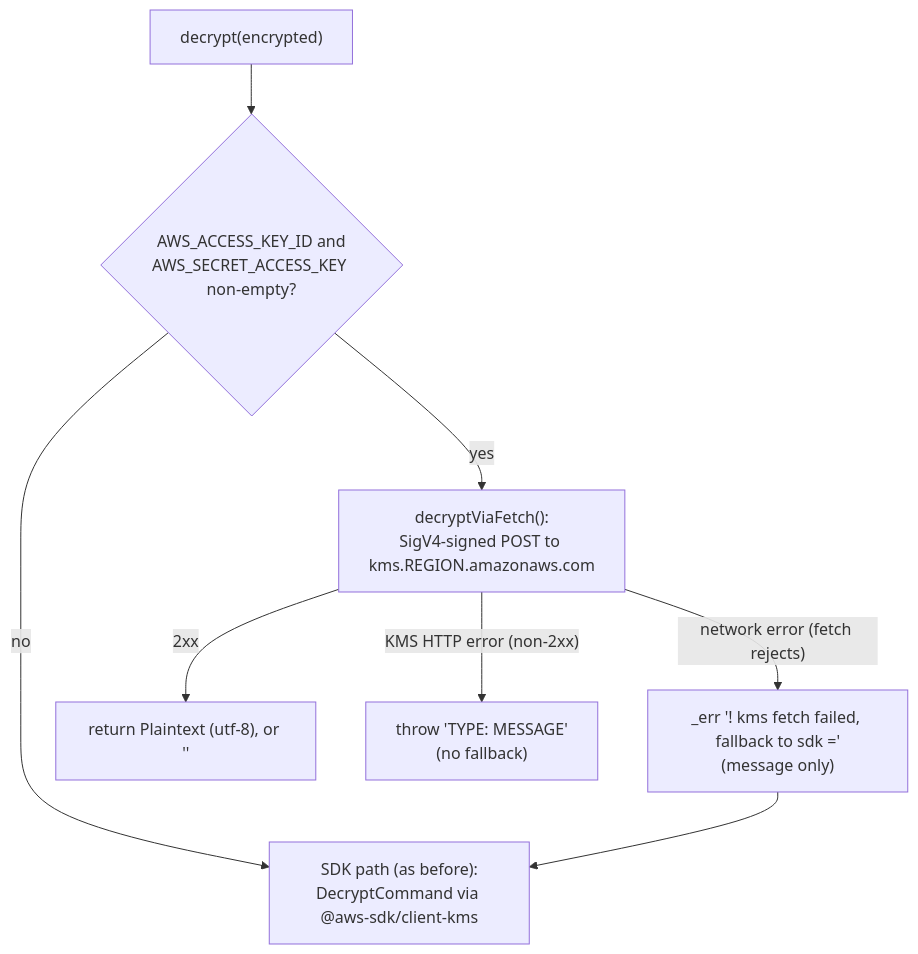
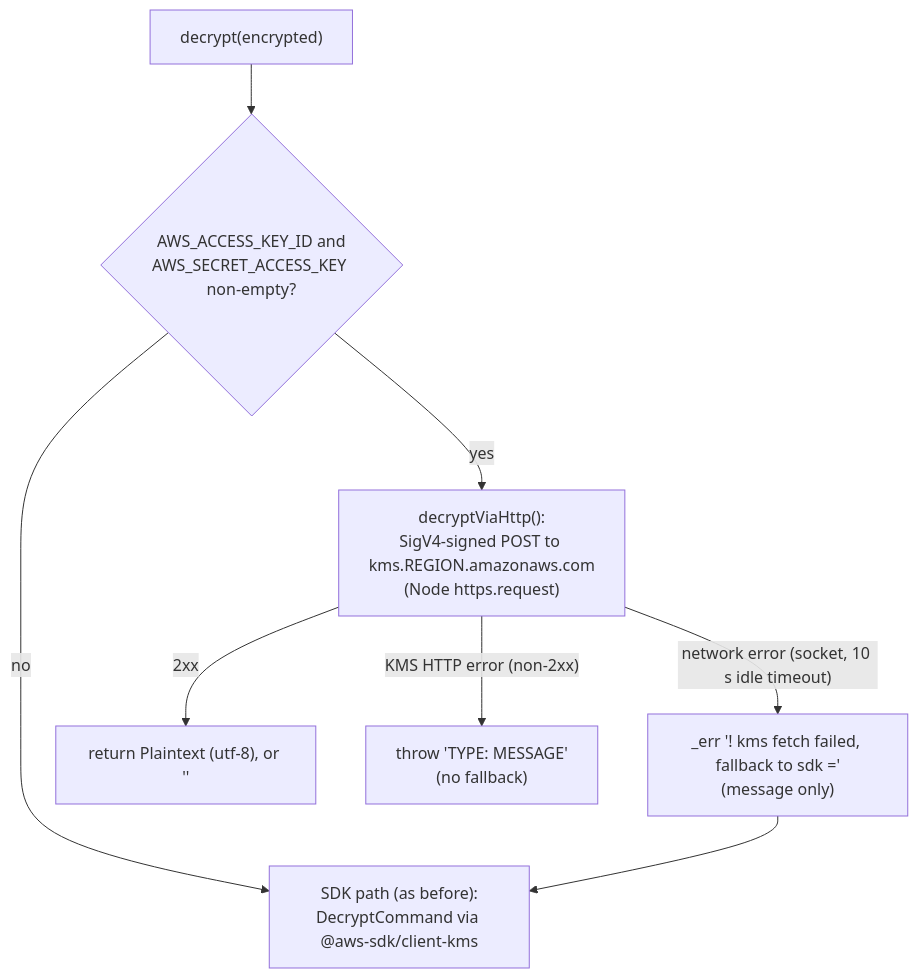
Before and after one commit to lemoncloud-io/lemon-core: the diagram in docs/v5/B8-kms-fetch.md, drawn with Mermaid. The commit also changed other lines of this file and 4 other files, not shown here.

First line of the commit message:
perf(kms): send the SDK-less `Decrypt` over Node `https`, not `fetch`

````diff
--- a/docs/v5/B8-kms-fetch.md
+++ b/docs/v5/B8-kms-fetch.md
@@ -18,10 +18,10 @@
 ```mermaid
 flowchart TD
     A["decrypt(encrypted)"] --> B{"AWS_ACCESS_KEY_ID and<br/>AWS_SECRET_ACCESS_KEY non-empty?"}
     B -- no --> S["SDK path (as before):<br/>DecryptCommand via @aws-sdk/client-kms"]
-    B -- yes --> F["decryptViaFetch():<br/>SigV4-signed POST to kms.REGION.amazonaws.com"]
+    B -- yes --> F["decryptViaHttp():<br/>SigV4-signed POST to kms.REGION.amazonaws.com<br/>(Node https.request)"]
     F -- 2xx --> P["return Plaintext (utf-8), or ''"]
     F -- "KMS HTTP error (non-2xx)" --> E["throw 'TYPE: MESSAGE'<br/>(no fallback)"]
-    F -- "network error (fetch rejects)" --> L["_err '! kms fetch failed, fallback to sdk ='<br/>(message only)"]
+    F -- "network error (socket, 10 s idle timeout)" --> L["_err '! kms fetch failed, fallback to sdk ='<br/>(message only)"]
     L --> S
 ```
````
